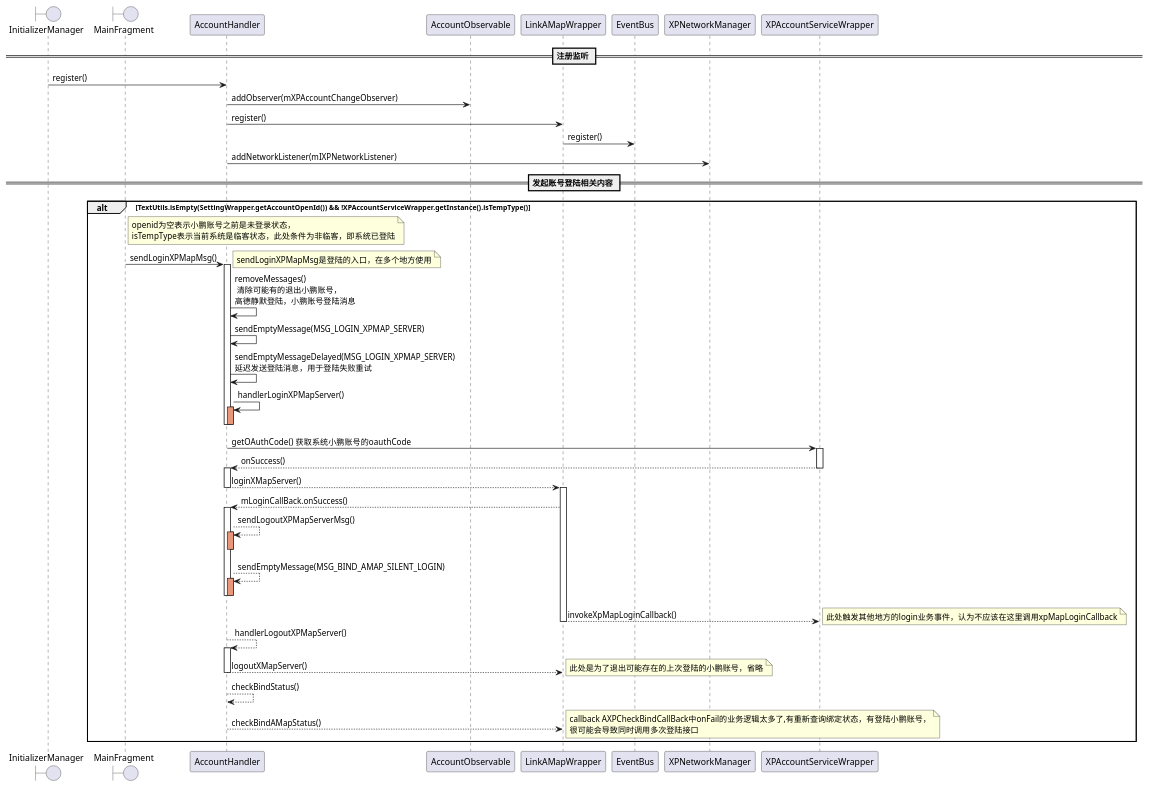
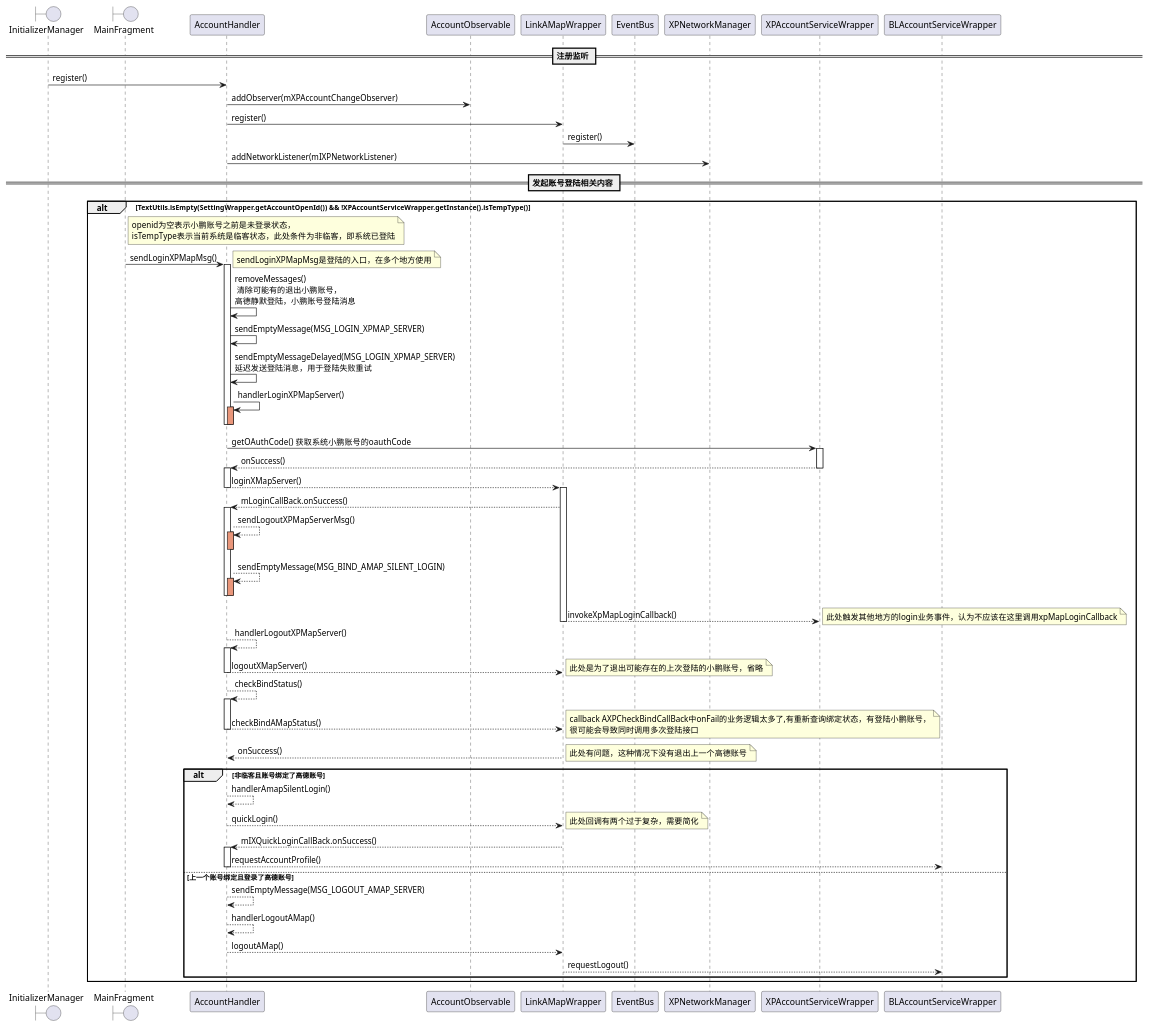
One commit to Growing-C/MyCollections changed the diagram in MyCollection/testsourcelib/src/main/java/com/example/testsourcelib/account/AccountInit.puml. Above: the diagram before and after it, drawn with PlantUML. The commit also changed other lines of this file and 6 other files, not shown here.

```diff
--- a/MyCollection/testsourcelib/src/main/java/com/example/testsourcelib/account/AccountInit.puml
+++ b/MyCollection/testsourcelib/src/main/java/com/example/testsourcelib/account/AccountInit.puml
@@ -9,61 +9,80 @@
 @startuml
 boundary InitializerManager
 boundary MainFragment
 == 注册监听 ==
 InitializerManager -> AccountHandler:register()
 AccountHandler -> AccountObservable:addObserver(mXPAccountChangeObserver)
 AccountHandler -> LinkAMapWrapper:register()
 LinkAMapWrapper -> EventBus:register()
 AccountHandler -> XPNetworkManager:addNetworkListener(mIXPNetworkListener)
 == 发起账号登陆相关内容 ==
 alt TextUtils.isEmpty(SettingWrapper.getAccountOpenId()) && !XPAccountServiceWrapper.getInstance().isTempType()
-note right of MainFragment :openid为空表示小鹏账号之前是未登录状态，\nisTempType表示当前系统是临客状态，此处条件为非临客，即系统已登陆
-MainFragment -> AccountHandler:sendLoginXPMapMsg()
-activate AccountHandler
-note right :sendLoginXPMapMsg是登陆的入口，在多个地方使用
-AccountHandler -> AccountHandler:removeMessages()\n 清除可能有的退出小鹏账号，\n高德静默登陆，小鹏账号登陆消息
-AccountHandler -> AccountHandler:sendEmptyMessage(MSG_LOGIN_XPMAP_SERVER)
-AccountHandler -> AccountHandler:sendEmptyMessageDelayed(MSG_LOGIN_XPMAP_SERVER) \n延迟发送登陆消息，用于登陆失败重试
-AccountHandler -> AccountHandler:handlerLoginXPMapServer()
-activate AccountHandler #DarkSalmon
-deactivate AccountHandler
-deactivate AccountHandler
+ note right of MainFragment :openid为空表示小鹏账号之前是未登录状态，\nisTempType表示当前系统是临客状态，此处条件为非临客，即系统已登陆
+ MainFragment -> AccountHandler:sendLoginXPMapMsg()
+ activate AccountHandler
+ note right :sendLoginXPMapMsg是登陆的入口，在多个地方使用
+ AccountHandler -> AccountHandler:removeMessages()\n 清除可能有的退出小鹏账号，\n高德静默登陆，小鹏账号登陆消息
+ AccountHandler -> AccountHandler:sendEmptyMessage(MSG_LOGIN_XPMAP_SERVER)
+ AccountHandler -> AccountHandler:sendEmptyMessageDelayed(MSG_LOGIN_XPMAP_SERVER) \n延迟发送登陆消息，用于登陆失败重试
+ AccountHandler -> AccountHandler:handlerLoginXPMapServer()
+ activate AccountHandler #DarkSalmon
+ deactivate AccountHandler
+ deactivate AccountHandler
 
-AccountHandler -> XPAccountServiceWrapper:getOAuthCode()  获取系统小鹏账号的oauthCode
-activate XPAccountServiceWrapper
-XPAccountServiceWrapper --> AccountHandler:onSuccess()
-deactivate XPAccountServiceWrapper
-activate AccountHandler
-AccountHandler --> LinkAMapWrapper:loginXMapServer()
-deactivate AccountHandler
-activate LinkAMapWrapper
-LinkAMapWrapper --> AccountHandler:mLoginCallBack.onSuccess()
-activate AccountHandler
-AccountHandler --> AccountHandler:sendLogoutXPMapServerMsg()
-activate AccountHandler #DarkSalmon
-deactivate AccountHandler
-AccountHandler --> AccountHandler:sendEmptyMessage(MSG_BIND_AMAP_SILENT_LOGIN)
-activate AccountHandler #DarkSalmon
-deactivate AccountHandler
-deactivate AccountHandler
-LinkAMapWrapper --> XPAccountServiceWrapper:invokeXpMapLoginCallback()
-note right:此处触发其他地方的login业务事件，认为不应该在这里调用xpMapLoginCallback
-deactivate LinkAMapWrapper
+ AccountHandler -> XPAccountServiceWrapper:getOAuthCode()  获取系统小鹏账号的oauthCode
+ activate XPAccountServiceWrapper
+ XPAccountServiceWrapper --> AccountHandler:onSuccess()
+ deactivate XPAccountServiceWrapper
+ activate AccountHandler
+ AccountHandler --> LinkAMapWrapper:loginXMapServer()
+ deactivate AccountHandler
+ activate LinkAMapWrapper
+ LinkAMapWrapper --> AccountHandler:mLoginCallBack.onSuccess()
+ activate AccountHandler
+ AccountHandler --> AccountHandler:sendLogoutXPMapServerMsg()
+ activate AccountHandler #DarkSalmon
+ deactivate AccountHandler
+ AccountHandler --> AccountHandler:sendEmptyMessage(MSG_BIND_AMAP_SILENT_LOGIN)
+ activate AccountHandler #DarkSalmon
+ deactivate AccountHandler
+ deactivate AccountHandler
+ LinkAMapWrapper --> XPAccountServiceWrapper:invokeXpMapLoginCallback()
+ note right:此处触发其他地方的login业务事件，认为不应该在这里调用xpMapLoginCallback
+ deactivate LinkAMapWrapper
 
 
-AccountHandler --> AccountHandler:handlerLogoutXPMapServer()
-activate AccountHandler
-AccountHandler --> LinkAMapWrapper:logoutXMapServer()
-note right:此处是为了退出可能存在的上次登陆的小鹏账号，省略
-deactivate AccountHandler
+ AccountHandler --> AccountHandler:handlerLogoutXPMapServer()
+ activate AccountHandler
+ AccountHandler --> LinkAMapWrapper:logoutXMapServer()
+ note right:此处是为了退出可能存在的上次登陆的小鹏账号，省略
+ deactivate AccountHandler
 
-AccountHandler --> AccountHandler:checkBindStatus()
-AccountHandler --> LinkAMapWrapper:checkBindAMapStatus()
-note right:callback AXPCheckBindCallBack中onFail的业务逻辑太多了,有重新查询绑定状态，有登陆小鹏账号，\n很可能会导致同时调用多次登陆接口
+ AccountHandler --> AccountHandler:checkBindStatus()
+ activate AccountHandler
+ AccountHandler --> LinkAMapWrapper:checkBindAMapStatus()
+ note right:callback AXPCheckBindCallBack中onFail的业务逻辑太多了,有重新查询绑定状态，有登陆小鹏账号，\n很可能会导致同时调用多次登陆接口
+ deactivate AccountHandler
+ LinkAMapWrapper --> AccountHandler:onSuccess()
 
+ alt 非临客且账号绑定了高德账号
+  note right:此处有问题，这种情况下没有退出上一个高德账号
+  AccountHandler --> AccountHandler:handlerAmapSilentLogin()
+  AccountHandler --> LinkAMapWrapper:quickLogin()
+  note right:此处回调有两个过于复杂，需要简化
+  LinkAMapWrapper --> AccountHandler:mIXQuickLoginCallBack.onSuccess()
+  activate AccountHandler
+  AccountHandler --> BLAccountServiceWrapper:requestAccountProfile()
+  deactivate AccountHandler
+
+ else 上一个账号绑定且登录了高德账号
+  AccountHandler --> AccountHandler:sendEmptyMessage(MSG_LOGOUT_AMAP_SERVER)
+  AccountHandler --> AccountHandler:handlerLogoutAMap()
+  AccountHandler --> LinkAMapWrapper:logoutAMap()
+  LinkAMapWrapper --> BLAccountServiceWrapper:requestLogout()
+ end alt
 
 
 end alt
 
 
 @enduml
```
